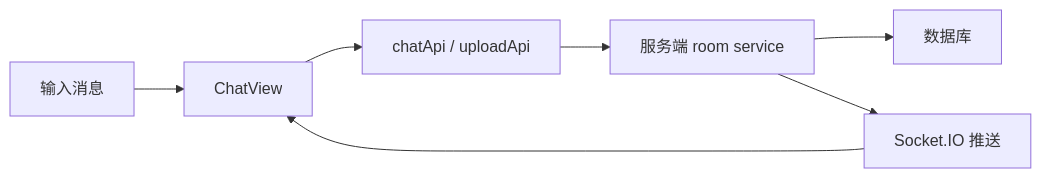
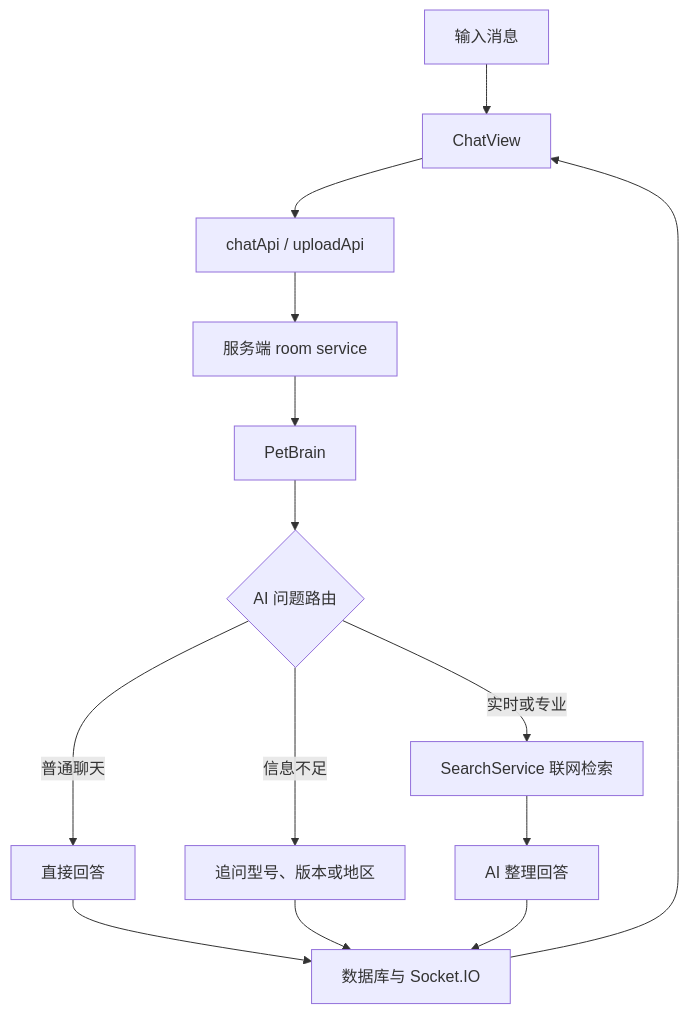
Before and after one commit to SuperKingC/Pet10: the diagram in docs/features/chat.md, drawn with Mermaid. The commit also changed other lines of this file and 16 other files, not shown here.

````diff
--- a/docs/features/chat.md
+++ b/docs/features/chat.md
@@ -7,9 +7,16 @@
 ```mermaid
-flowchart LR
+flowchart TD
   A["输入消息"] --> B["ChatView"]
   B --> C["chatApi / uploadApi"]
   C --> D["服务端 room service"]
-  D --> E["数据库"]
-  D --> F["Socket.IO 推送"]
-  F --> B
+  D --> E["PetBrain"]
+  E --> F{"AI 问题路由"}
+  F -- "普通聊天" --> G["直接回答"]
+  F -- "信息不足" --> H["追问型号、版本或地区"]
+  F -- "实时或专业" --> I["SearchService 联网检索"]
+  I --> J["AI 整理回答"]
+  G --> K["数据库与 Socket.IO"]
+  H --> K
+  J --> K
+  K --> B
 ```
````
